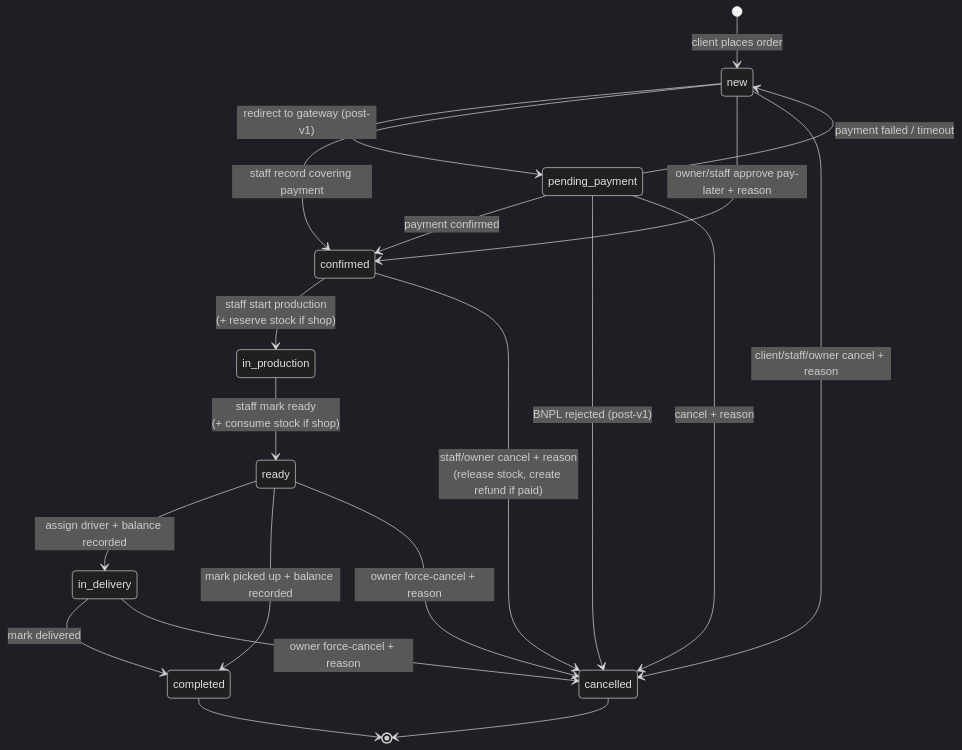
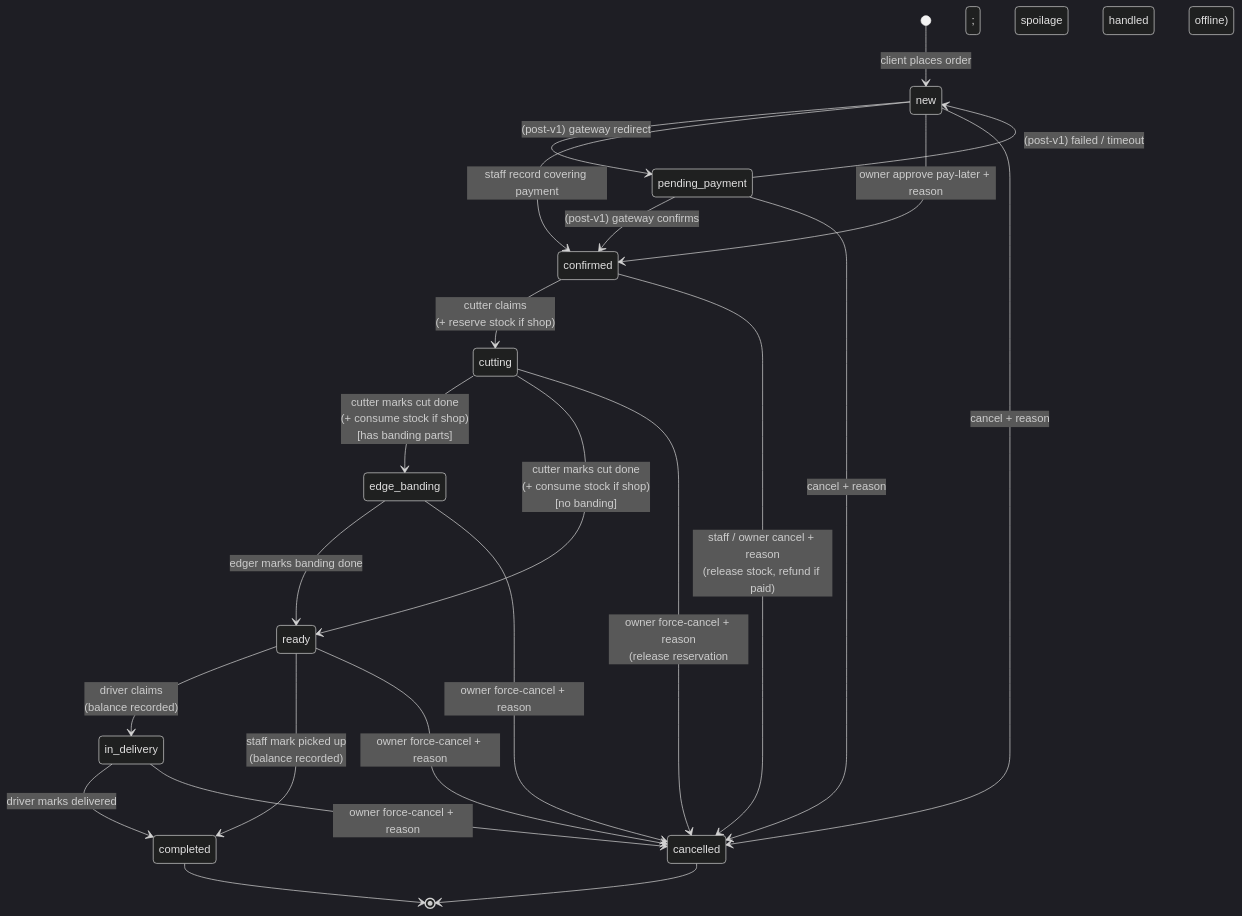
One commit to qadam-uz/mebel-pro changed the diagram in docs/ref/features/orders.md. Above: the diagram before and after it, drawn with Mermaid (dark theme). The commit also changed other lines of this file and 36 other files, not shown here.

````diff
--- a/docs/ref/features/orders.md
+++ b/docs/ref/features/orders.md
@@ -48,22 +46,32 @@
 ```mermaid
 stateDiagram-v2
     [*] --> new : client places order
-    new --> pending_payment : redirect to gateway (post-v1)
+    new --> pending_payment : (post-v1) gateway redirect
     new --> confirmed : staff record covering payment
-    new --> confirmed : owner/staff approve pay-later + reason
-    new --> cancelled : client/staff/owner cancel + reason
-    pending_payment --> confirmed : payment confirmed
-    pending_payment --> new : payment failed / timeout
-    pending_payment --> cancelled : BNPL rejected (post-v1)
+    new --> confirmed : owner approve pay-later + reason
+    new --> cancelled : cancel + reason
+
+    pending_payment --> confirmed : (post-v1) gateway confirms
+    pending_payment --> new : (post-v1) failed / timeout
     pending_payment --> cancelled : cancel + reason
-    confirmed --> in_production : staff start production<br/>(+ reserve stock if shop)
-    confirmed --> cancelled : staff/owner cancel + reason<br/>(release stock, create refund if paid)
-    in_production --> ready : staff mark ready<br/>(+ consume stock if shop)
-    ready --> in_delivery : assign driver + balance recorded
-    ready --> completed : mark picked up + balance recorded
-    in_delivery --> completed : mark delivered
+
+    confirmed --> cutting : cutter claims<br/>(+ reserve stock if shop)
+    confirmed --> cancelled : staff / owner cancel + reason<br/>(release stock, refund if paid)
+
+    cutting --> edge_banding : cutter marks cut done<br/>(+ consume stock if shop)<br/>[has banding parts]
+    cutting --> ready : cutter marks cut done<br/>(+ consume stock if shop)<br/>[no banding]
+    cutting --> cancelled : owner force-cancel + reason<br/>(release reservation; spoilage handled offline)
+
+    edge_banding --> ready : edger marks banding done
+    edge_banding --> cancelled : owner force-cancel + reason
+
+    ready --> in_delivery : driver claims<br/>(balance recorded)
+    ready --> completed : staff mark picked up<br/>(balance recorded)
     ready --> cancelled : owner force-cancel + reason
+
+    in_delivery --> completed : driver marks delivered
     in_delivery --> cancelled : owner force-cancel + reason
+
     completed --> [*]
     cancelled --> [*]
 ```
````
